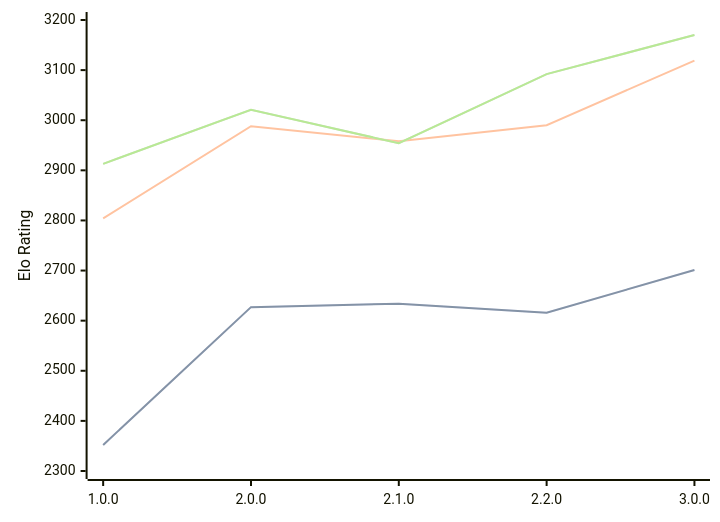
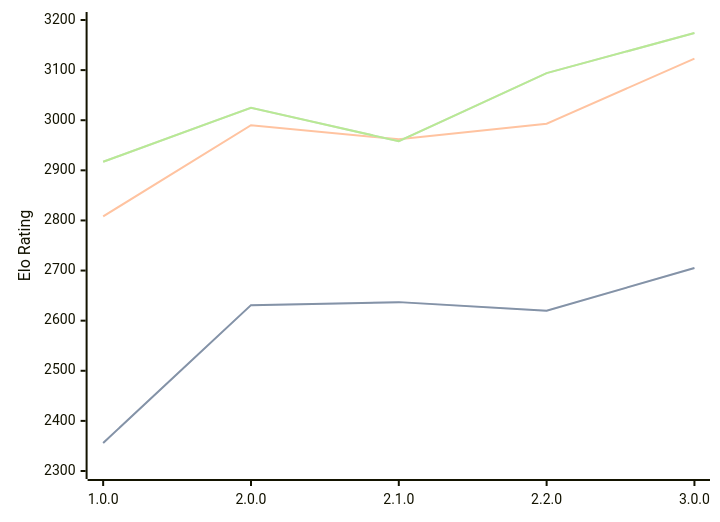
One commit to computer-chess-index/cci changed the diagram in engines/Catalyst.md. Above: the diagram before and after it, drawn with Mermaid. The commit also changed other lines of this file, not shown here.

Commit message:
Update CCI Ratings (ELO VLTC) - 2026-04-30

````diff
--- a/engines/Catalyst.md
+++ b/engines/Catalyst.md
@@ -35,11 +35,11 @@
 ```mermaid
 %%{init: {"theme":"base","themeVariables":{"seriesColors:['#a3a3a3','#222221','#faa371']}}}%%
 xychart-beta
   x-axis ["1.0.0", "2.0.0", "2.1.0", "2.2.0", "3.0.0"]
   y-axis "Elo Rating" 2300 --> 3200
-  line "STC (8.0+0.08s)" [2352, 2627, 2634, 2616, 2701]
-  line "STC (8.0+0.08s)" [2352, 2627, 2634, 2616, 2701]
-  line "LTC (60.0+0.60s)" [2804, 2988, 2958, 2990, 3119]
-  line "VLTC (2m24s+1.12s)" [2913, 3021, 2954, 3092, 3170]
-  line "VLTC (2m24s+1.12s)" [2913, 3021, 2954, 3092, 3170]
+  line "STC (8.0+0.08s)" [2356, 2631, 2637, 2620, 2705]
+  line "STC (8.0+0.08s)" [2356, 2631, 2637, 2620, 2705]
+  line "LTC (60.0+0.60s)" [2808, 2990, 2962, 2993, 3123]
+  line "VLTC (2m24s+1.12s)" [2917, 3025, 2958, 3094, 3174]
+  line "VLTC (2m24s+1.12s)" [2917, 3025, 2958, 3094, 3174]
 ```
````
